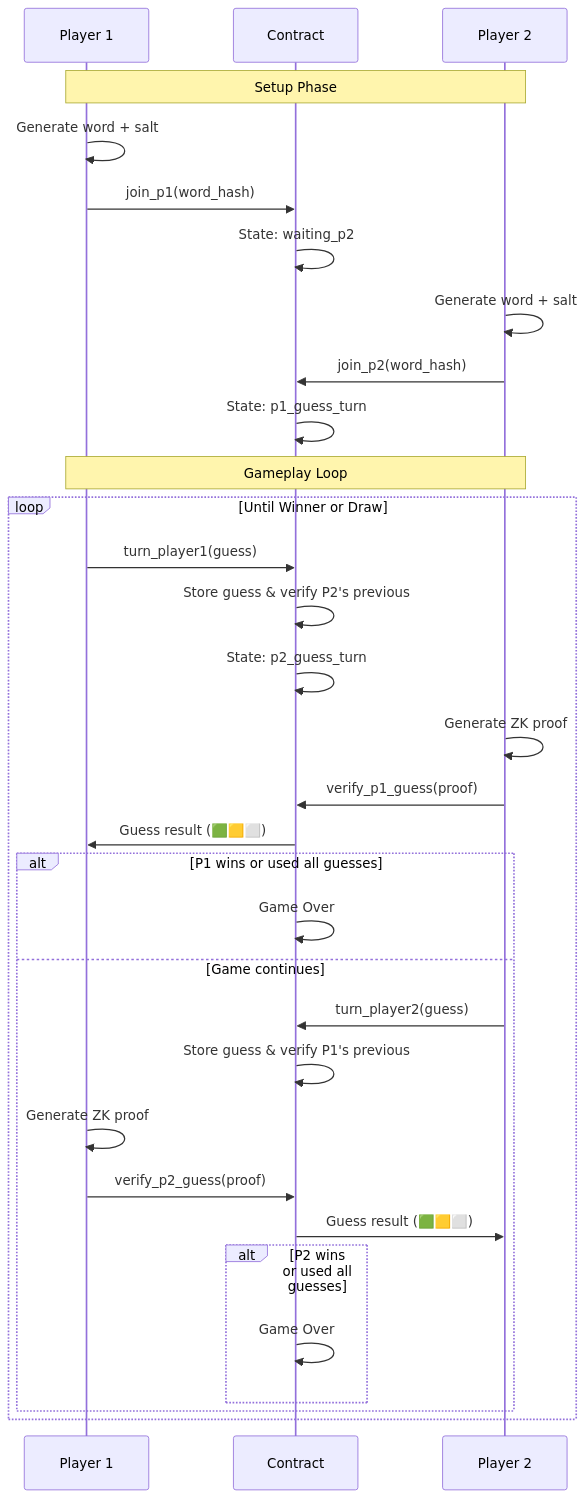
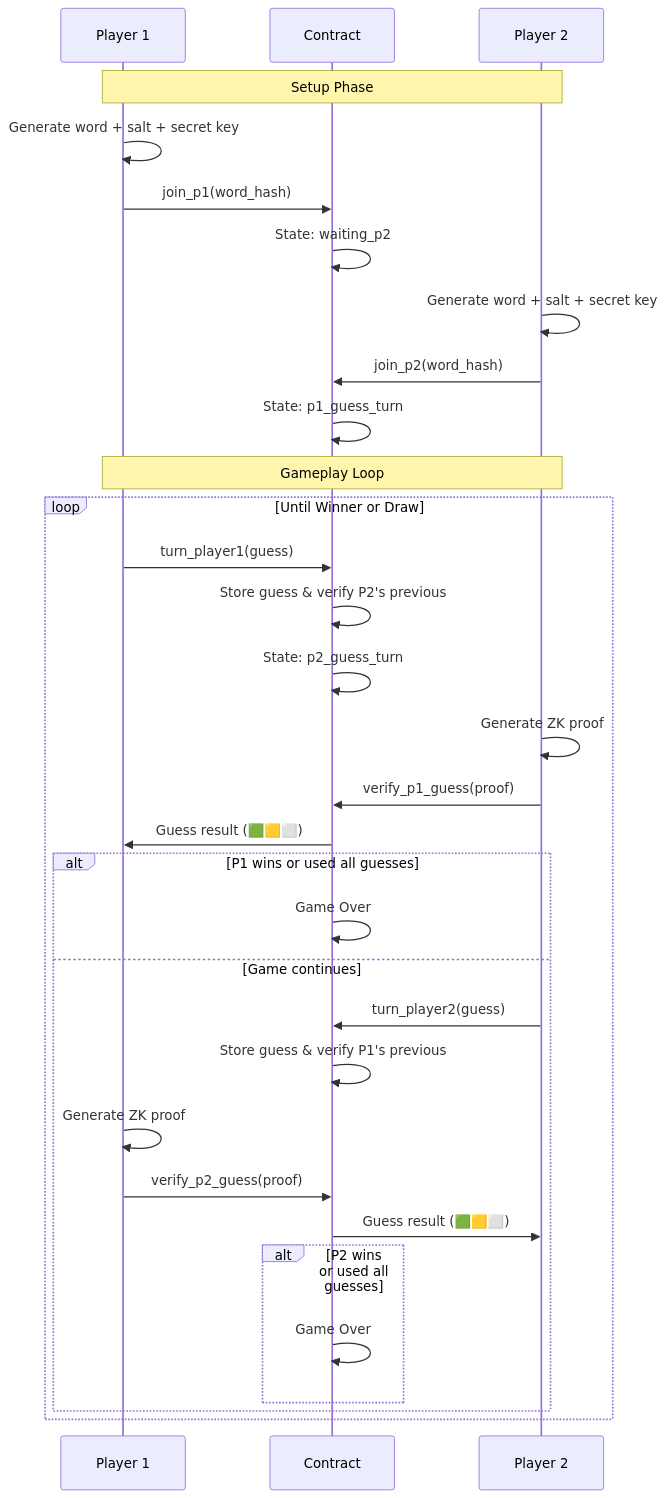
The diagram in README.md (kaleababayneh/mn-wordle), drawn with Mermaid before and after one commit. The commit also changed other lines of this file, not shown here.

````diff
--- a/README.md
+++ b/README.md
@@ -33,41 +33,41 @@
 ```mermaid
 sequenceDiagram
     participant P1 as Player 1
     participant Contract as Contract
     participant P2 as Player 2
   
     Note over P1,P2: Setup Phase
-    P1->>P1: Generate word + salt
+    P1->>P1: Generate word + salt + secret key
     P1->>Contract: join_p1(word_hash)
     Contract->>Contract: State: waiting_p2
   
-    P2->>P2: Generate word + salt
+    P2->>P2: Generate word + salt + secret key
     P2->>Contract: join_p2(word_hash)
     Contract->>Contract: State: p1_guess_turn
   
     Note over P1,P2: Gameplay Loop
     loop Until Winner or Draw
         P1->>Contract: turn_player1(guess)
         Contract->>Contract: Store guess & verify P2's previous
         Contract->>Contract: State: p2_guess_turn
       
         P2->>P2: Generate ZK proof
         P2->>Contract: verify_p1_guess(proof)
         Contract->>P1: Guess result (🟩🟨⬜)
       
         alt P1 wins or used all guesses
             Contract->>Contract: Game Over
         else Game continues
             P2->>Contract: turn_player2(guess)
             Contract->>Contract: Store guess & verify P1's previous
           
             P1->>P1: Generate ZK proof
             P1->>Contract: verify_p2_guess(proof)
             Contract->>P2: Guess result (🟩🟨⬜)
           
             alt P2 wins or used all guesses
                 Contract->>Contract: Game Over
             end
         end
     end
 ```
````
